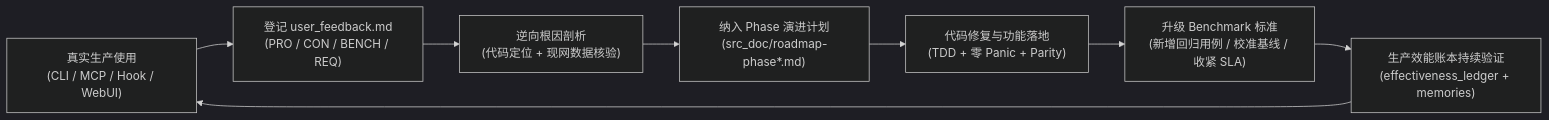
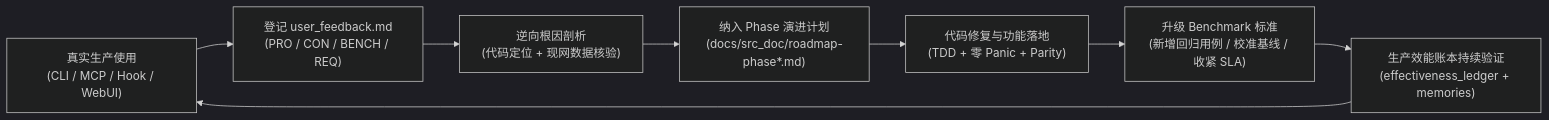
Before and after one commit to digoal/agent-body: the diagram in user_feedback.md, drawn with Mermaid (dark theme). The commit also changed other lines of this file and 206 other files, not shown here.

````diff
--- a/user_feedback.md
+++ b/user_feedback.md
@@ -13,10 +13,10 @@
 ```mermaid
 flowchart LR
     U["真实生产使用<br/>(CLI / MCP / Hook / WebUI)"] --> F["登记 user_feedback.md<br/>(PRO / CON / BENCH / REQ)"]
     F --> R["逆向根因剖析<br/>(代码定位 + 现网数据核验)"]
-    R --> P["纳入 Phase 演进计划<br/>(src_doc/roadmap-phase*.md)"]
+    R --> P["纳入 Phase 演进计划<br/>(docs/src_doc/roadmap-phase*.md)"]
     P --> C["代码修复与功能落地<br/>(TDD + 零 Panic + Parity)"]
     C --> B["升级 Benchmark 标准<br/>(新增回归用例 / 校准基线 / 收紧 SLA)"]
     B --> L["生产效能账本持续验证<br/>(effectiveness_ledger + memories)"]
     L --> U
 ```
````
